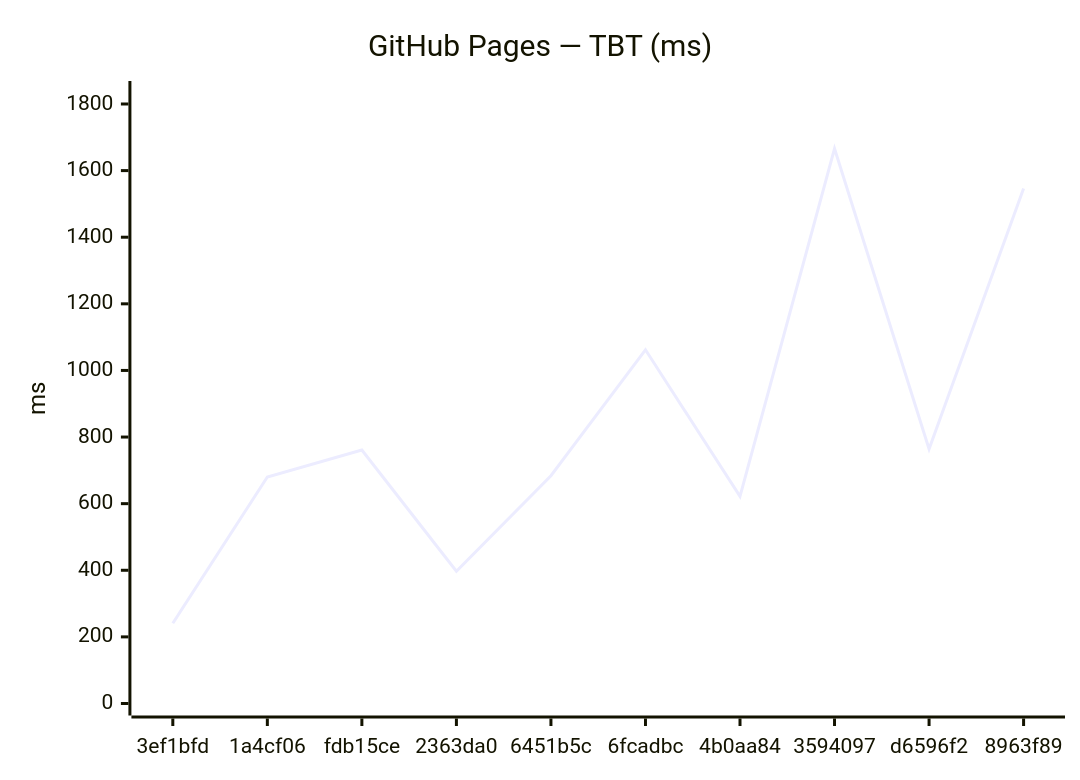
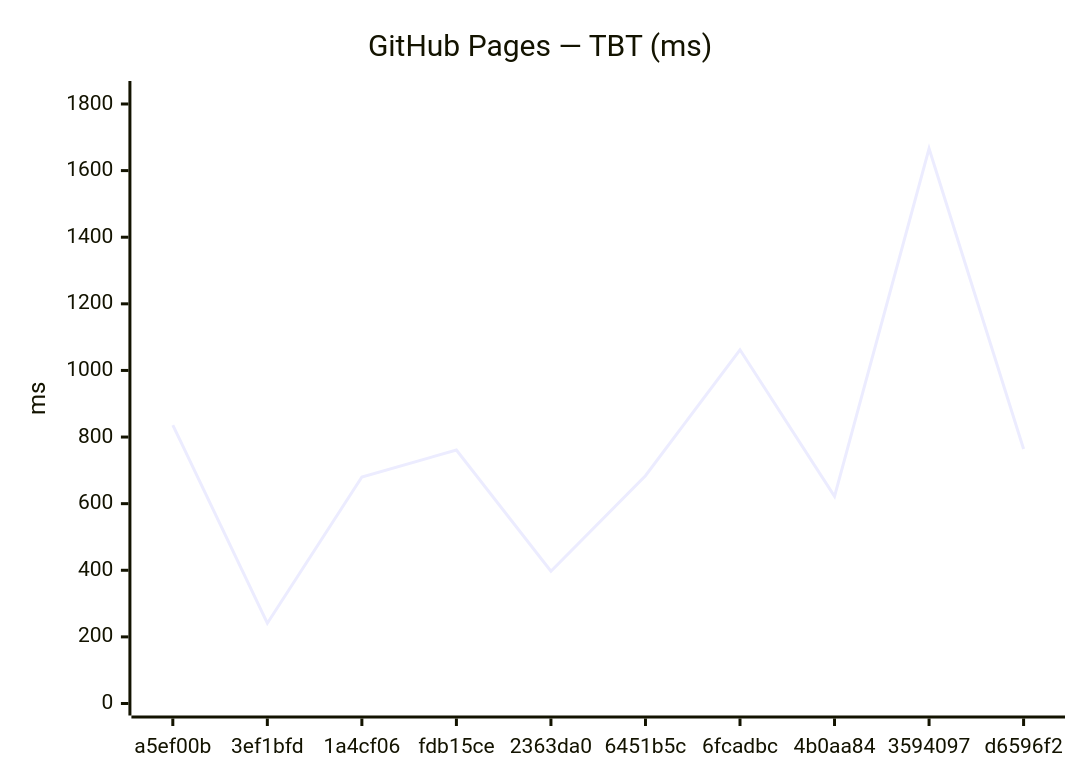
One commit to Metaheurist/Rianell changed the fourth of 12 diagrams in benchmarks/compare.md. Above: the diagram before and after it, drawn with Mermaid. The commit also changed other lines of this file and 8 other files, not shown here.

````diff
--- a/benchmarks/compare.md
+++ b/benchmarks/compare.md
@@ -61,7 +61,7 @@
 ```mermaid
 xychart-beta
     title "GitHub Pages — TBT (ms)"
-    x-axis ["3ef1bfd", "1a4cf06", "fdb15ce", "2363da0", "6451b5c", "6fcadbc", "4b0aa84", "3594097", "d6596f2", "8963f89"]
+    x-axis ["a5ef00b", "3ef1bfd", "1a4cf06", "fdb15ce", "2363da0", "6451b5c", "6fcadbc", "4b0aa84", "3594097", "d6596f2"]
     y-axis "ms" 0 --> 1833
-    line [241, 680, 761, 397, 684, 1062, 622, 1666, 764, 1546]
+    line [836, 241, 680, 761, 397, 684, 1062, 622, 1666, 764]
 ```
````
